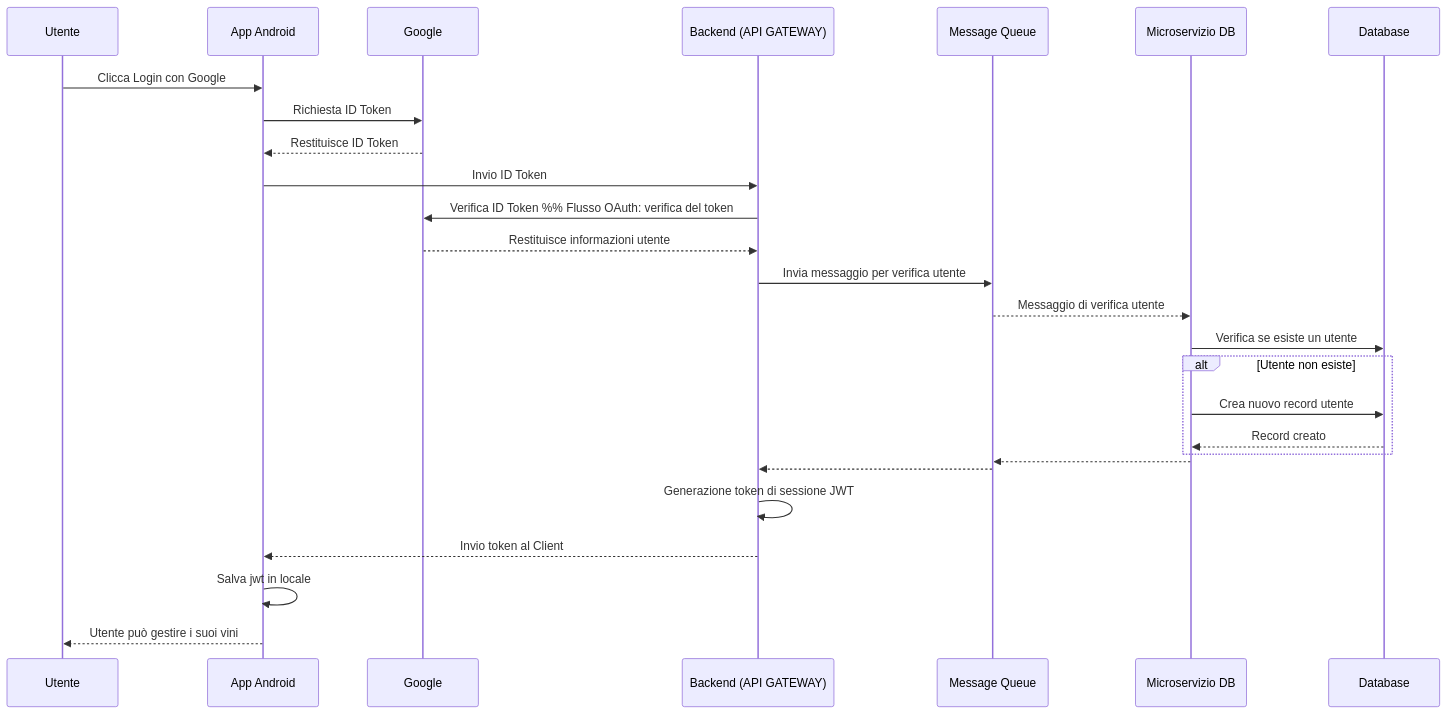
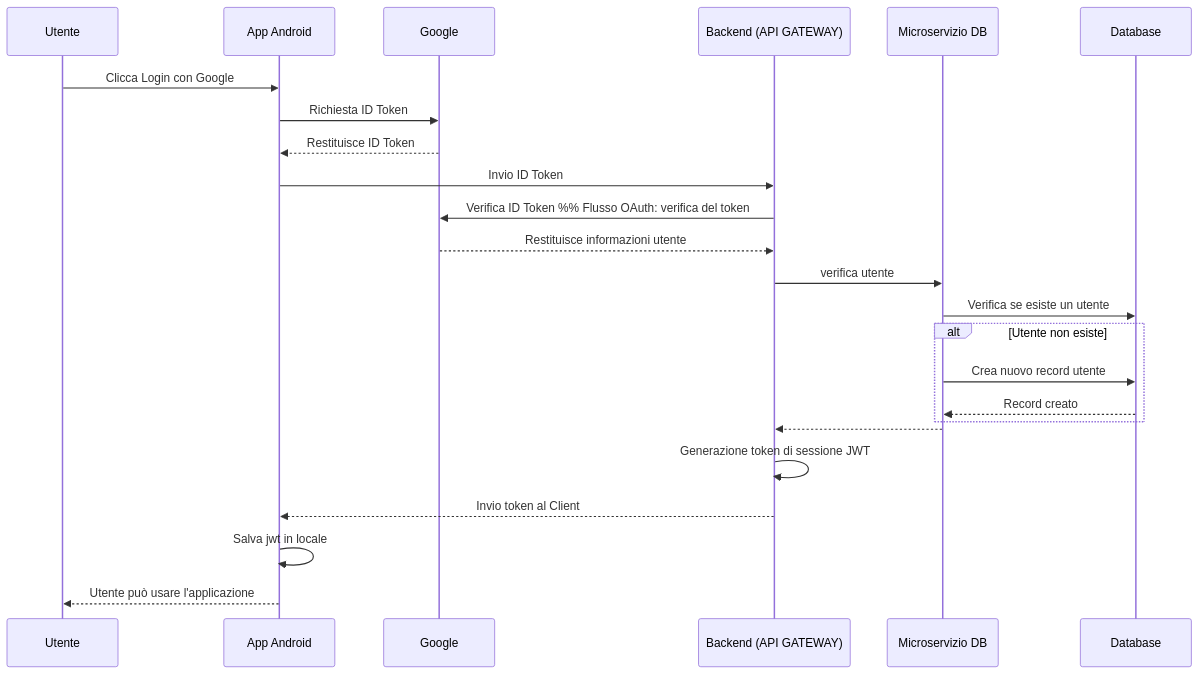
One commit to void0x23/Decanter changed the first of 2 diagrams in docs/diagrams/login/grafici.md. Above: the diagram before and after it, drawn with Mermaid. The commit also changed other lines of this file and 9 other files, not shown here.

````diff
--- a/docs/diagrams/login/grafici.md
+++ b/docs/diagrams/login/grafici.md
@@ -5,31 +5,28 @@
 ```mermaid
 sequenceDiagram
     participant U as Utente
     participant A as App Android
     participant G as Google
     participant B as Backend (API GATEWAY)
-    participant MQ as Message Queue
     participant MS as Microservizio DB
     participant DB as Database
 
     U->>A: Clicca Login con Google
     A->>G: Richiesta ID Token
     G-->>A: Restituisce ID Token
     A->>B: Invio ID Token
     B->>G: Verifica ID Token  %% Flusso OAuth: verifica del token
     G-->>B: Restituisce informazioni utente
-    B->>MQ: Invia messaggio per verifica utente
-    MQ-->>MS: Messaggio di verifica utente
+    B->>MS: verifica utente
     MS->>DB: Verifica se esiste un utente
     alt Utente non esiste
         MS->>DB: Crea nuovo record utente
         DB-->>MS: Record creato
     end
-    MS-->>MQ: 
-    MQ-->>B: 
+    MS-->>B: 
     B->>B: Generazione token di sessione JWT
     B-->>A: Invio token al Client
     A ->> A: Salva jwt in locale
-    A-->>U: Utente può gestire i suoi vini
+    A-->>U: Utente può usare l'applicazione
 
 ```
````
